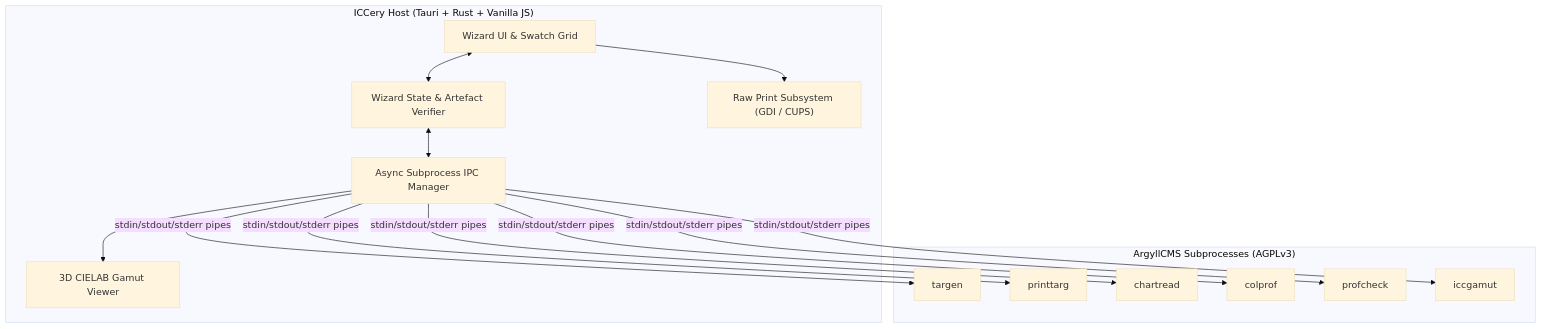
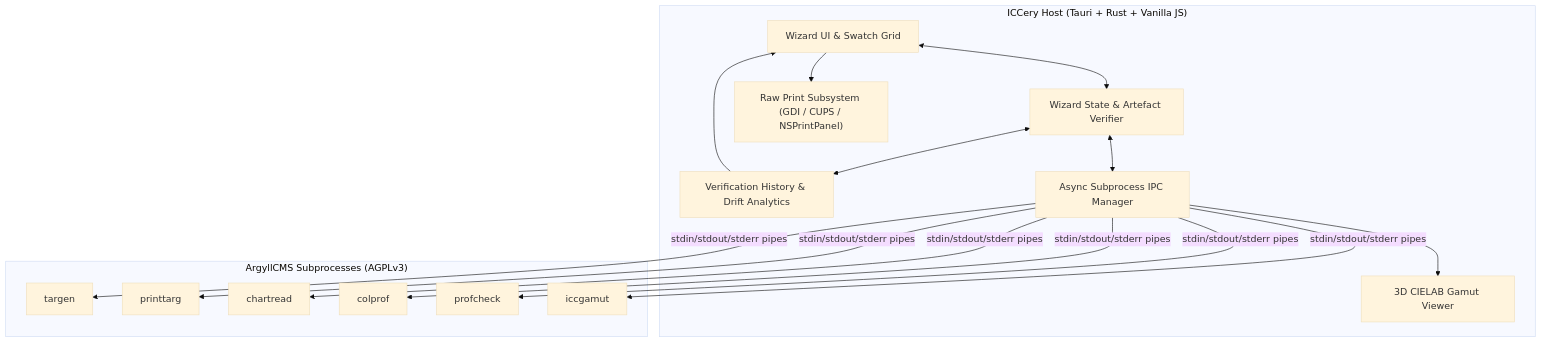
One commit to Gronod/ICCery changed the diagram in README.md. Above: the diagram before and after it, drawn with Mermaid (base theme). The commit also changed other lines of this file and 2 other files, not shown here.

First line of the commit message:
docs: align README, ROADMAP, and AGENTS for v0.8.2 and Milestones 12/13/14

````diff
--- a/README.md
+++ b/README.md
@@ -35,31 +48,34 @@
 ```mermaid
 flowchart TD
     subgraph Host ["ICCery Host (Tauri + Rust + Vanilla JS)"]
         UI[Wizard UI & Swatch Grid]
         ThreeJS[3D CIELAB Gamut Viewer]
         State[Wizard State & Artefact Verifier]
-        PrintEngine["Raw Print Subsystem (GDI / CUPS)"]
+        QualityStore[Verification History & Drift Analytics]
+        PrintEngine["Raw Print Subsystem (GDI / CUPS / NSPrintPanel)"]
         ProcMgr[Async Subprocess IPC Manager]
 
         UI <--> State
         State <--> ProcMgr
+        State <--> QualityStore
         ProcMgr --> ThreeJS
         UI --> PrintEngine
+        QualityStore --> UI
     end
 
     subgraph Argyll ["ArgyllCMS Subprocesses (AGPLv3)"]
         BIN_TAR[targen]
         BIN_PRT[printtarg]
         BIN_CHR[chartread]
         BIN_COL[colprof]
         BIN_CHK[profcheck]
         BIN_GAM[iccgamut]
     end
 
     ProcMgr -- stdin/stdout/stderr pipes --> BIN_TAR
     ProcMgr -- stdin/stdout/stderr pipes --> BIN_PRT
     ProcMgr -- stdin/stdout/stderr pipes --> BIN_CHR
     ProcMgr -- stdin/stdout/stderr pipes --> BIN_COL
     ProcMgr -- stdin/stdout/stderr pipes --> BIN_CHK
     ProcMgr -- stdin/stdout/stderr pipes --> BIN_GAM
 ```
````
